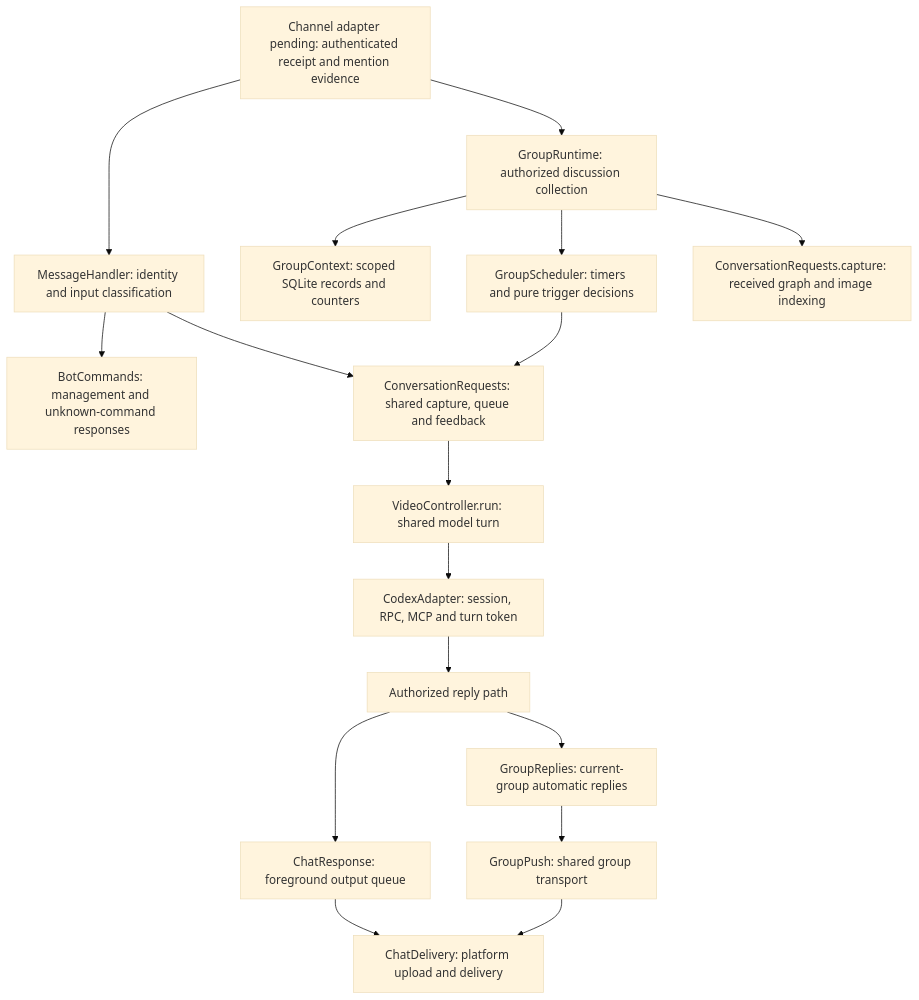
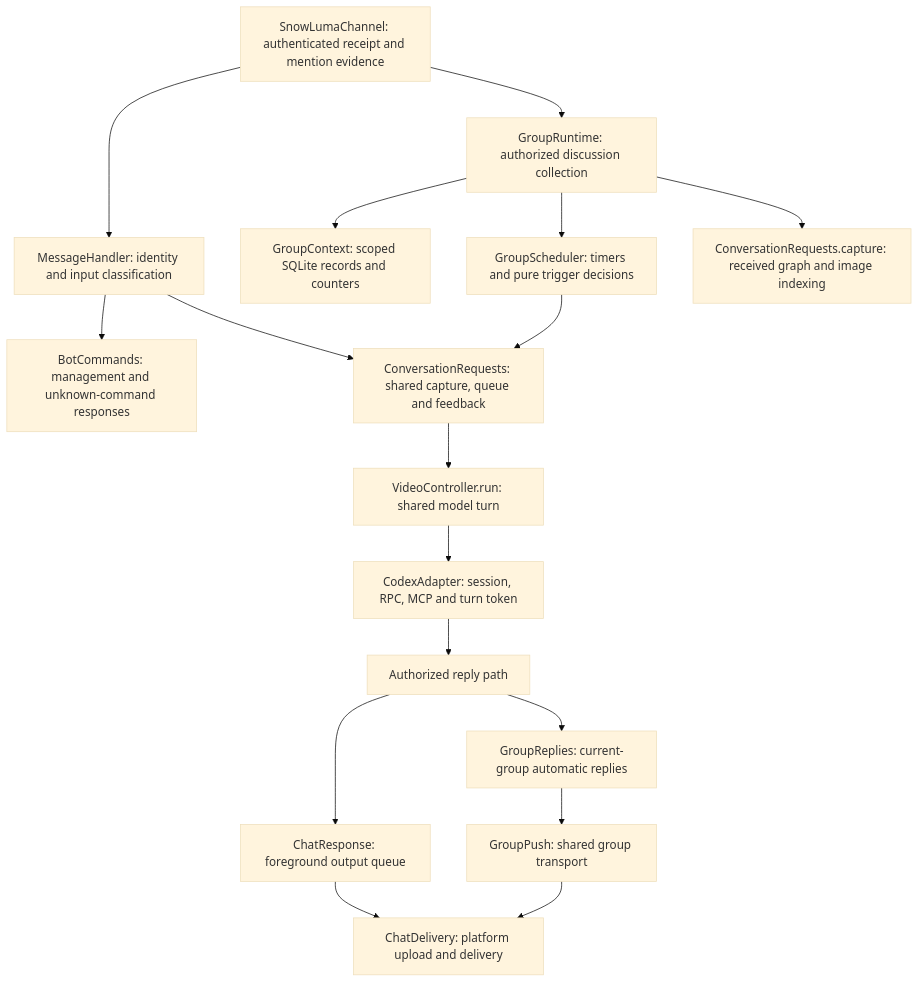
The diagram in docs/architecture.md (PerviousFurther/codex-qqbot), drawn with Mermaid (base theme) before and after one commit. The commit also changed other lines of this file and 26 other files, not shown here.

Commit message:
feat: wire SnowLuma channel and graceful memory recovery

````diff
--- a/docs/architecture.md
+++ b/docs/architecture.md
@@ -5,20 +5,20 @@
 ```mermaid
 flowchart TD
-    QQ[Channel adapter pending: authenticated receipt and mention evidence]
+    QQ[SnowLumaChannel: authenticated receipt and mention evidence]
     QQ --> GR[GroupRuntime: authorized discussion collection]
     QQ --> MH[MessageHandler: identity and input classification]
     MH --> CMD[BotCommands: management and unknown-command responses]
     MH --> REQ[ConversationRequests: shared capture, queue and feedback]
     GR --> DB[GroupContext: scoped SQLite records and counters]
     GR --> S[GroupScheduler: timers and pure trigger decisions]
     S --> REQ
     GR --> CAP[ConversationRequests.capture: received graph and image indexing]
     REQ --> TURN[VideoController.run: shared model turn]
     TURN --> CODEX[CodexAdapter: session, RPC, MCP and turn token]
     CODEX --> RR[Authorized reply path]
     RR --> RESP[ChatResponse: foreground output queue]
     RR --> GREP[GroupReplies: current-group automatic replies]
     GREP --> PUSH[GroupPush: shared group transport]
     RESP --> DEL[ChatDelivery: platform upload and delivery]
     PUSH --> DEL
 ```
````
